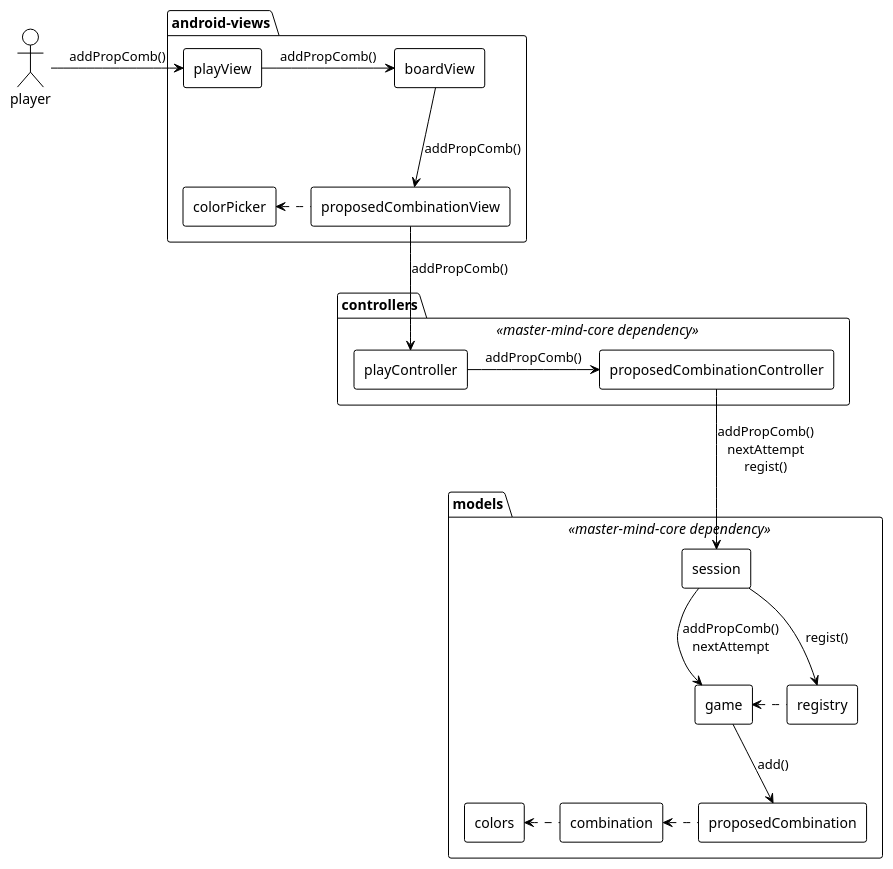
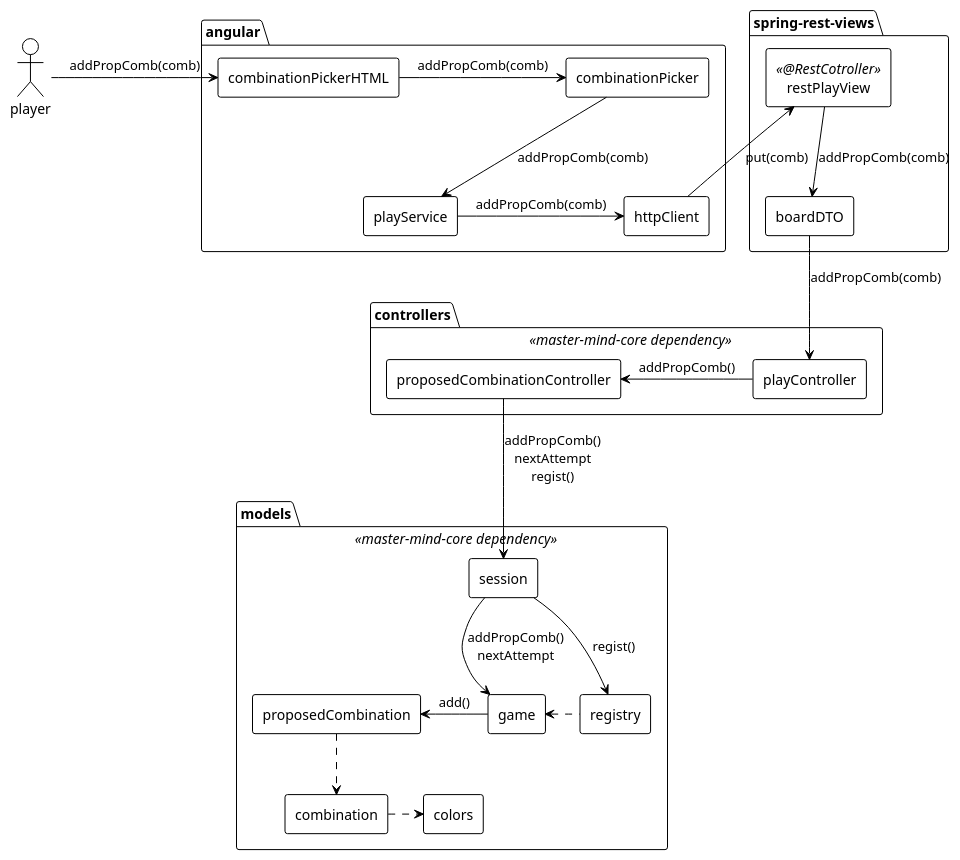
The diagram in docs/colaboration_propose_combination/colaboration_propose_combination.plantuml (PacoMorando/master-mind-web), drawn with PlantUML before and after one commit. The commit also changed 3 other files, not shown here.

```diff
--- a/docs/colaboration_propose_combination/colaboration_propose_combination.plantuml
+++ b/docs/colaboration_propose_combination/colaboration_propose_combination.plantuml
@@ -1,41 +1,52 @@
 @startuml colaboration-propose-combination
 !theme plain
-
 actor player
 
-package android-views{
-    agent playView
-    agent proposedCombinationView
-    agent colorPicker
-    agent boardView
+package angular{
+    agent combinationPickerHTML
+    agent combinationPicker
+    agent playService
+    agent httpClient
 }
 package controllers <<master-mind-core dependency>> {
     agent playController
     agent proposedCombinationController
 }
 package models <<master-mind-core dependency>> {
     agent session
     agent registry
     agent game
     agent proposedCombination
     agent combination
     agent colors
 }
 
-player -right-> playView :addPropComb()
-playView -right-> boardView :addPropComb()
-boardView  --> proposedCombinationView :addPropComb()
-proposedCombinationView --> playController :addPropComb()
-proposedCombinationView .left.> colorPicker
+package spring-rest-views {
+    agent restPlayView <<@RestCotroller>>
+    agent boardDTO
+}
 
+'angular
+player -right-> combinationPickerHTML :addPropComb(comb)
+combinationPickerHTML -right-> combinationPicker :addPropComb(comb)
+combinationPicker --> playService :addPropComb(comb)
+playService -right-> httpClient :addPropComb(comb)
+httpClient -up-> restPlayView :put(comb)
 
-playController -right-> proposedCombinationController :addPropComb()
-proposedCombinationController -down-> session :addPropComb()\nnextAttempt\nregist()
+'spring
+restPlayView --> boardDTO :addPropComb(comb)
+boardDTO --> playController :addPropComb(comb)
+
+'controllers
+playController -left-> proposedCombinationController :addPropComb()
+proposedCombinationController --> session :addPropComb()\nnextAttempt\nregist()
+
+'models
 session -down-> game :addPropComb()\nnextAttempt
 session -down-> registry :regist()
 registry .left.> game
-game -down-> proposedCombination :add()
-proposedCombination .left.> combination
-combination .left.> colors
+game -left-> proposedCombination :add()
+proposedCombination ..> combination
+combination .right.> colors
 
 @enduml
```
